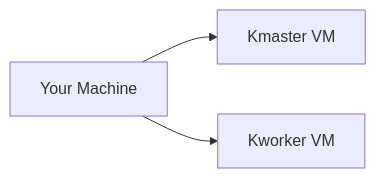
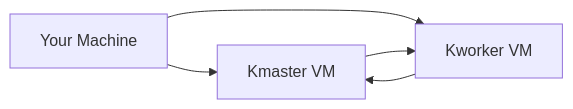
The diagram in README.md (jatin-2k/kubernetes-lab), drawn with Mermaid before and after one commit. The commit also changed other lines of this file, not shown here.

````diff
--- a/README.md
+++ b/README.md
@@ -7,5 +9,7 @@
 ```mermaid
 graph LR
     A[Your Machine] --> B[Kmaster VM]
     A --> C[Kworker VM]
+    B --> C
+    C --> B
 ```
````
